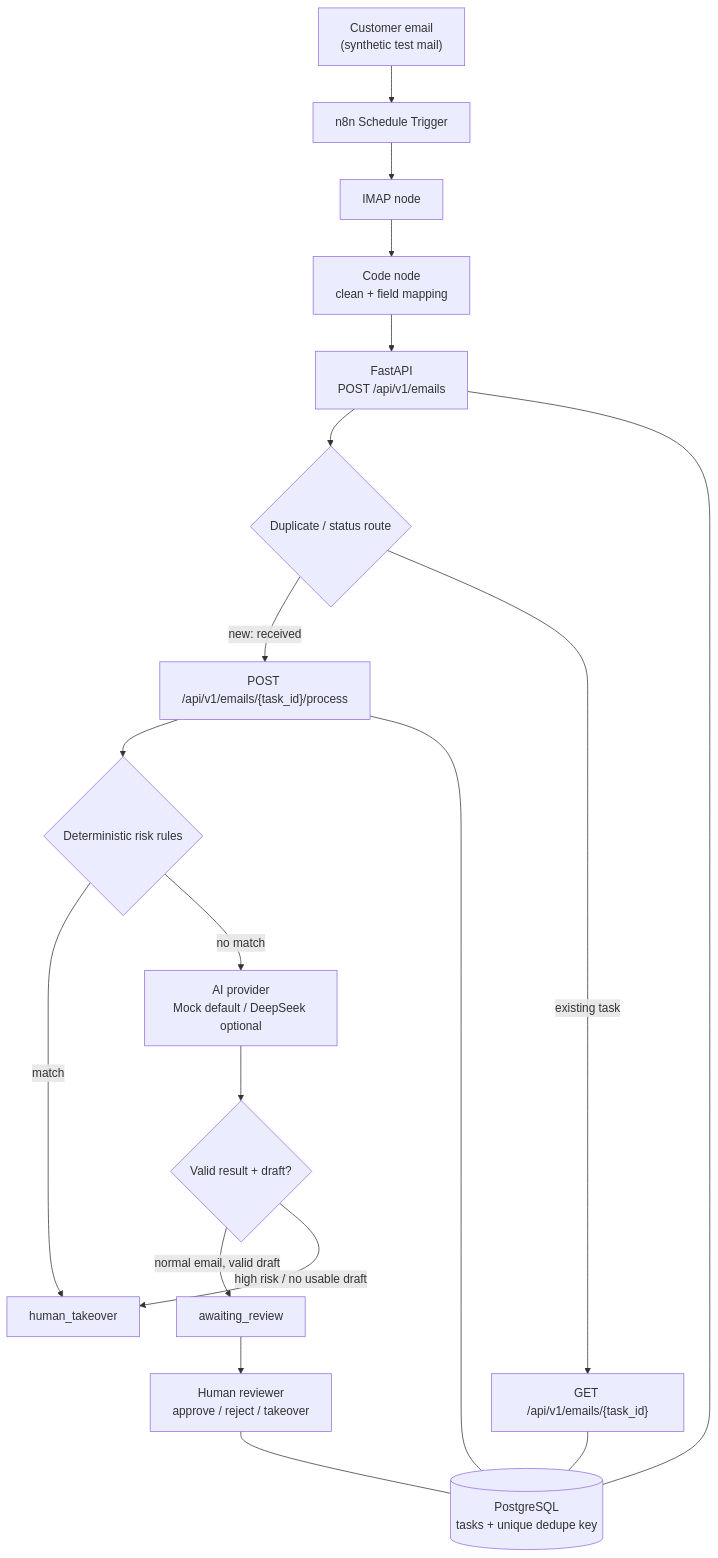
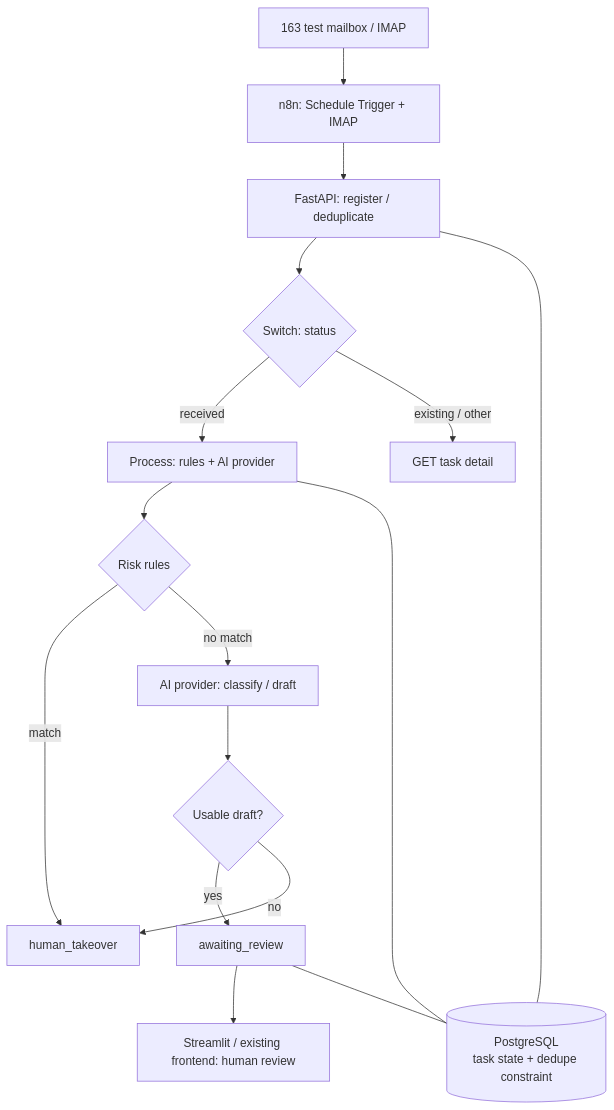
One commit to yefan2004/ai-support-workflow changed the diagram in README.md. Above: the diagram before and after it, drawn with Mermaid. The commit also changed other lines of this file and 8 other files, not shown here.

````diff
--- a/README.md
+++ b/README.md
@@ -75,21 +53,18 @@
 ```mermaid
 flowchart TD
-    A["Customer email<br/>(synthetic test mail)"] --> B["n8n Schedule Trigger"]
-    B --> C["IMAP node"]
-    C --> D["Code node<br/>clean + field mapping"]
-    D --> E["FastAPI<br/>POST /api/v1/emails"]
-    E --> F{"Duplicate / status route"}
-    F -->|"new: received"| G["POST /api/v1/emails/{task_id}/process"]
-    F -->|"existing task"| H["GET /api/v1/emails/{task_id}"]
-    G --> I{"Deterministic risk rules"}
-    I -->|"match"| J["human_takeover"]
-    I -->|"no match"| K["AI provider<br/>Mock default / DeepSeek optional"]
-    K --> L{"Valid result + draft?"}
-    L -->|"normal email, valid draft"| M["awaiting_review"]
-    L -->|"high risk / no usable draft"| J
-    M --> N["Human reviewer<br/>approve / reject / takeover"]
-    E --- P[("PostgreSQL<br/>tasks + unique dedupe key")]
-    G --- P
-    H --- P
-    N --- P
+    A["163 test mailbox / IMAP"] --> B["n8n: Schedule Trigger + IMAP"]
+    B --> C["FastAPI: register / deduplicate"]
+    C --> D{"Switch: status"}
+    D -->|"received"| E["Process: rules + AI provider"]
+    D -->|"existing / other"| F["GET task detail"]
+    E --> G{"Risk rules"}
+    G -->|"match"| H["human_takeover"]
+    G -->|"no match"| I["AI provider: classify / draft"]
+    I --> J{"Usable draft?"}
+    J -->|"yes"| K["awaiting_review"]
+    J -->|"no"| H
+    K --> L["Streamlit / existing frontend: human review"]
+    C --- P[("PostgreSQL<br/>task state + dedupe constraint")]
+    E --- P
+    K --- P
 ```
````
